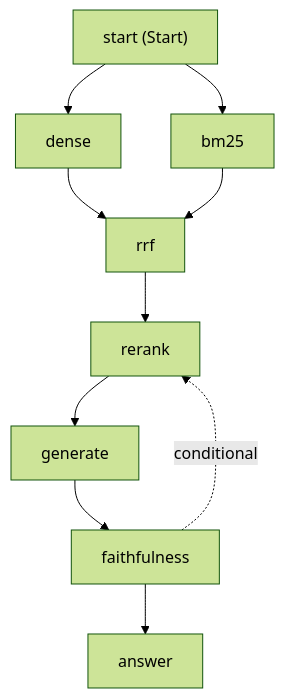
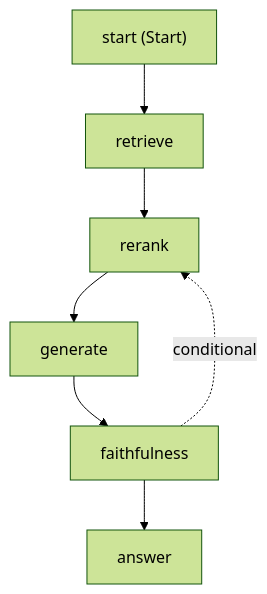
The diagram in docs/pipeline.mmd (JoranBergfeld/azure-documentation-ragas-pipeline), drawn with Mermaid (forest theme) before and after one commit. The commit also changed 2 other files, not shown here.

Commit message:
feat(viz): substrate-seam workflow diagram (retrieve replaces dense/bm25/rrf)

```diff
--- a/docs/pipeline.mmd
+++ b/docs/pipeline.mmd
@@ -1,18 +1,13 @@
 flowchart TD
   start["start (Start)"];
-  dense["dense"];
-  bm25["bm25"];
-  rrf["rrf"];
+  retrieve["retrieve"];
   rerank["rerank"];
   generate["generate"];
   faithfulness["faithfulness"];
   answer["answer"];
-  start --> dense;
-  start --> bm25;
-  dense --> rrf;
-  bm25 --> rrf;
-  rrf --> rerank;
+  start --> retrieve;
+  retrieve --> rerank;
   rerank --> generate;
   generate --> faithfulness;
   faithfulness -. conditional .-> rerank;
   faithfulness --> answer;
```
